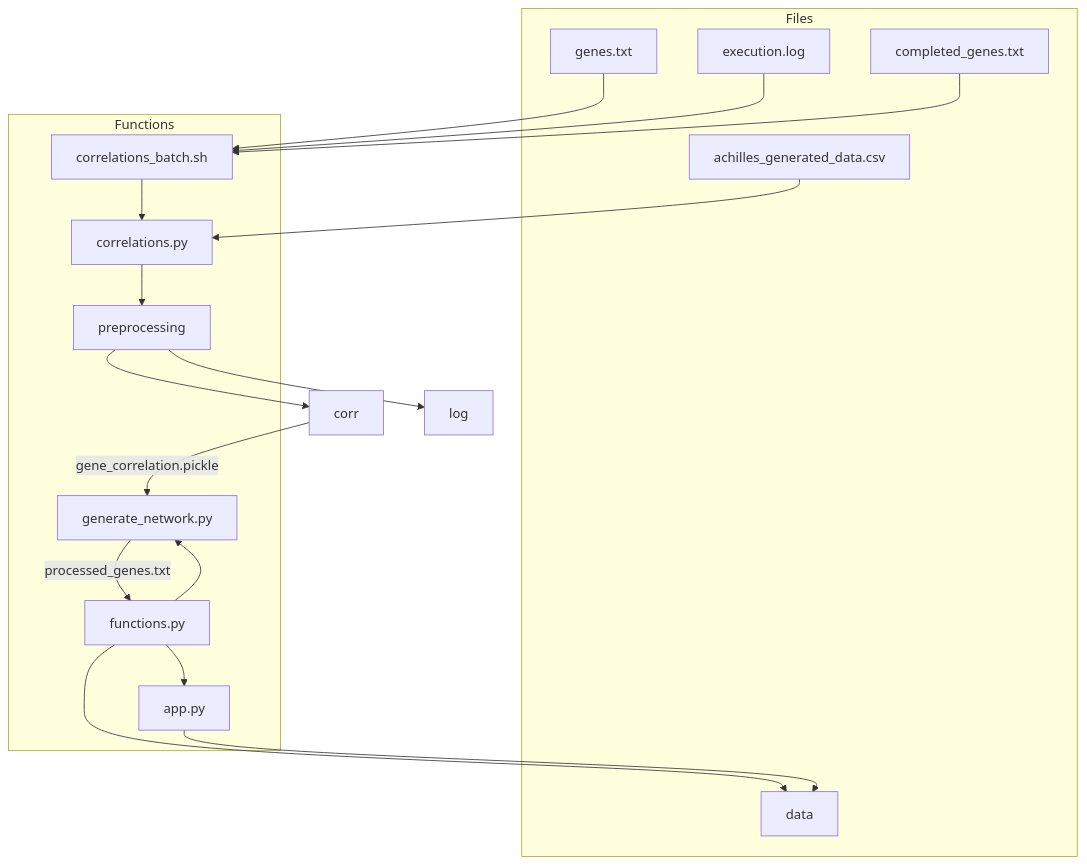
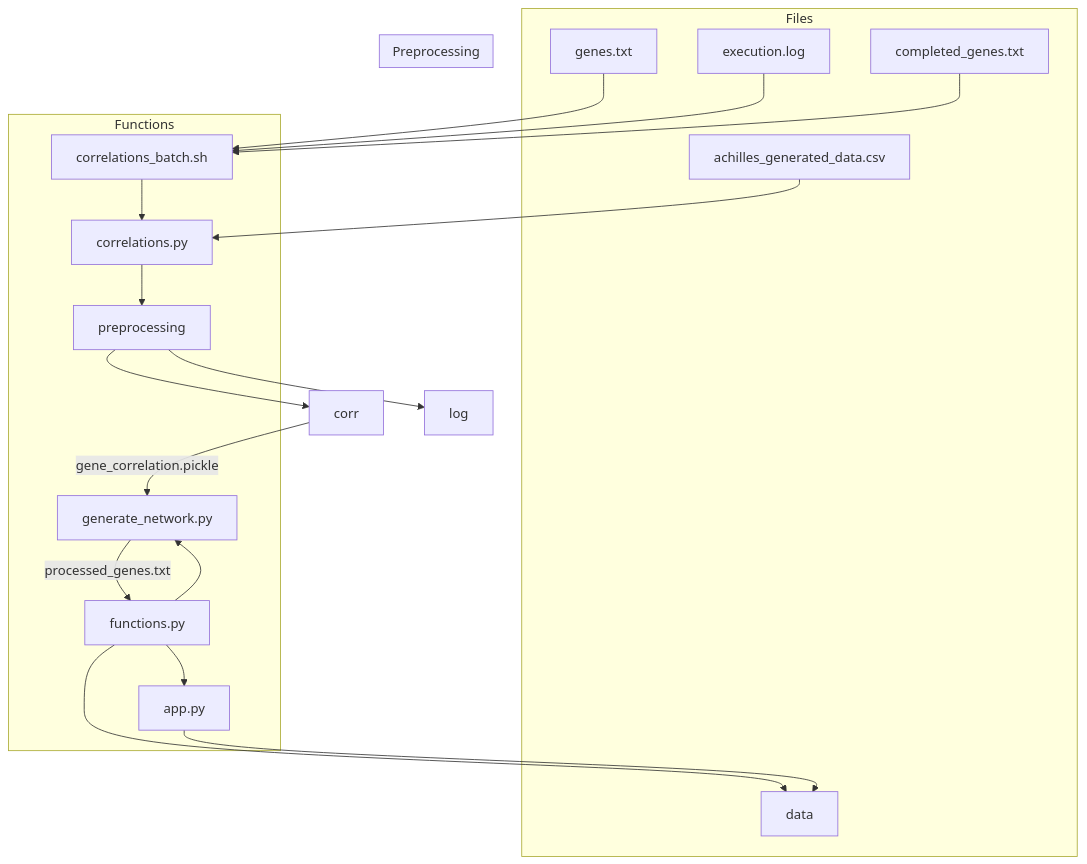
Before and after one commit to ntmaseras/GeneInteractionApp: the diagram in README.md, drawn with Mermaid.

````diff
--- a/README.md
+++ b/README.md
@@ -2,48 +2,55 @@
 ```mermaid
 graph TD;
     genes[genes.txt]
     log1[execution.log]
     log2[completed_genes.txt]
     achilles[achilles_generated_data.csv]
     preprocess[preprocessing]
     corrPy[correlations.py]
     corrSh[correlations_batch.sh]
     data[data]
     function[functions.py]
     net[generate_network.py]
     app[app.py]
 
     subgraph Files
+    genes
+    log1
+    log2
+    achilles
+    data
+    end
+
+    subgraph Preprocessing
     genes
     log1
     log2
     achilles
     data
     end
 
     subgraph Functions
     corrPy
     corrSh
     preprocess
     function
     net
     app
     end
 
     genes-->corrSh
     log1-->corrSh
     log2-->corrSh
     achilles-->corrPy
     corrSh-->corrPy
     corrPy-->preprocess
     preprocess-->corr
     preprocess-->log
     corr-- gene_correlation.pickle -->
     net-- processed_genes.txt -->
     function-->app
     function-->net
     function-->data
     app-->data
 
-
 ```
````
